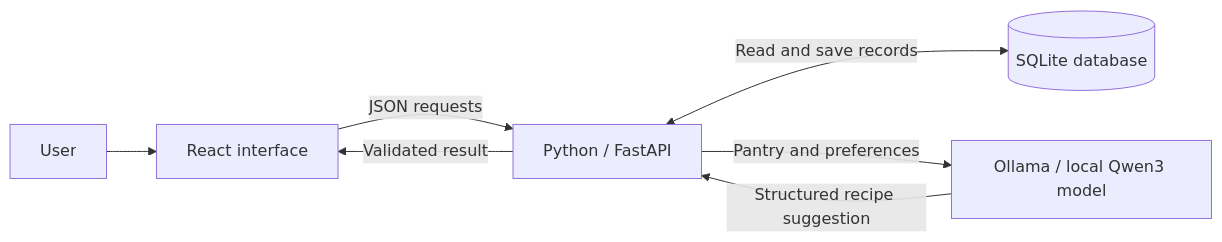
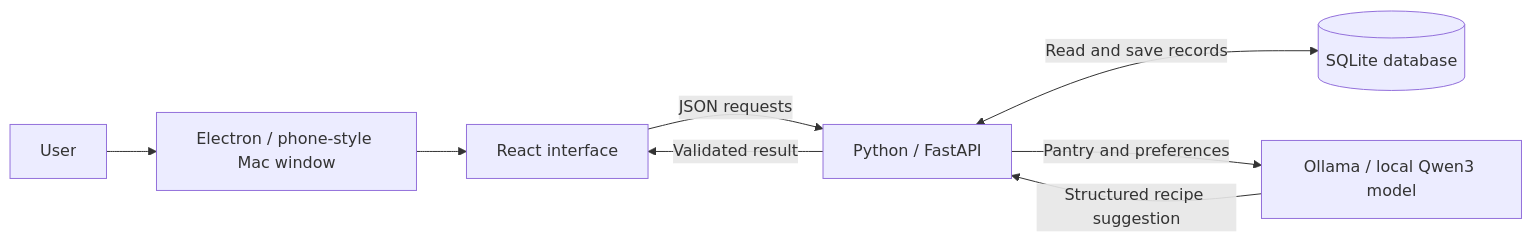
One commit to miggymaliksi/CO-TC-Case-Comp-Winners changed the diagram in docs/TECHNICAL_RUNDOWN.md. Above: the diagram before and after it, drawn with Mermaid. The commit also changed other lines of this file and 2 other files, not shown here.

Commit message:
Add live demo practice guide and Mac setup instructions

````diff
--- a/docs/TECHNICAL_RUNDOWN.md
+++ b/docs/TECHNICAL_RUNDOWN.md
@@ -9,9 +9,10 @@
 ```mermaid
 flowchart LR
-    U[User] --> R[React interface]
+    U[User] --> E[Electron / phone-style Mac window]
+    E --> R[React interface]
     R -->|JSON requests| P[Python / FastAPI]
     P <-->|Read and save records| D[(SQLite database)]
     P -->|Pantry and preferences| O[Ollama / local Qwen3 model]
     O -->|Structured recipe suggestion| P
     P -->|Validated result| R
 ```
````
